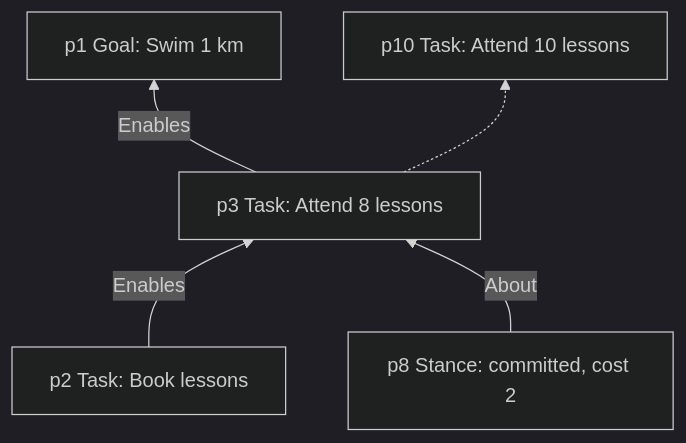
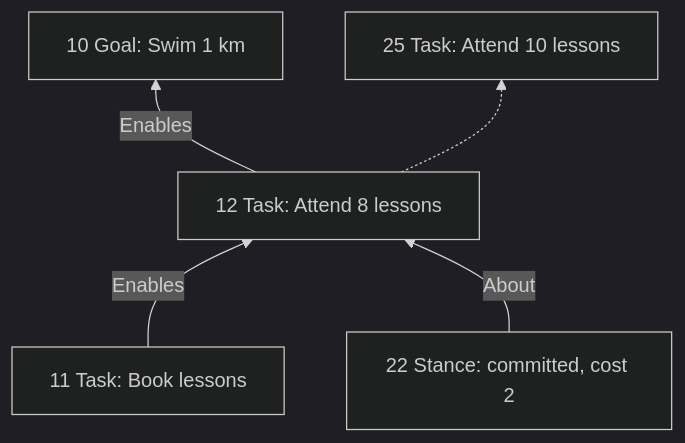
The third of 12 diagrams in docs/PLANNING-EXPLAINER.md (RezaOnGithub/lifecore), drawn with Mermaid (dark theme) before and after one commit. The commit also changed other lines of this file and 1 other file, not shown here.

````diff
--- a/docs/PLANNING-EXPLAINER.md
+++ b/docs/PLANNING-EXPLAINER.md
@@ -180,7 +347,7 @@
 ```mermaid
 flowchart BT
-    T1["p2 Task: Book lessons"] -- Enables --> T2["p3 Task: Attend 8 lessons"]
-    T2 -- Enables --> G["p1 Goal: Swim 1 km"]
-    T2 -.-> T2b["p10 Task: Attend 10 lessons"]
-    S3["p8 Stance: committed, cost 2"] -- About --> T2
+    T1["11 Task: Book lessons"] -- Enables --> T2["12 Task: Attend 8 lessons"]
+    T2 -- Enables --> G["10 Goal: Swim 1 km"]
+    T2 -.-> T2b["25 Task: Attend 10 lessons"]
+    S3["22 Stance: committed, cost 2"] -- About --> T2
 ```
````
